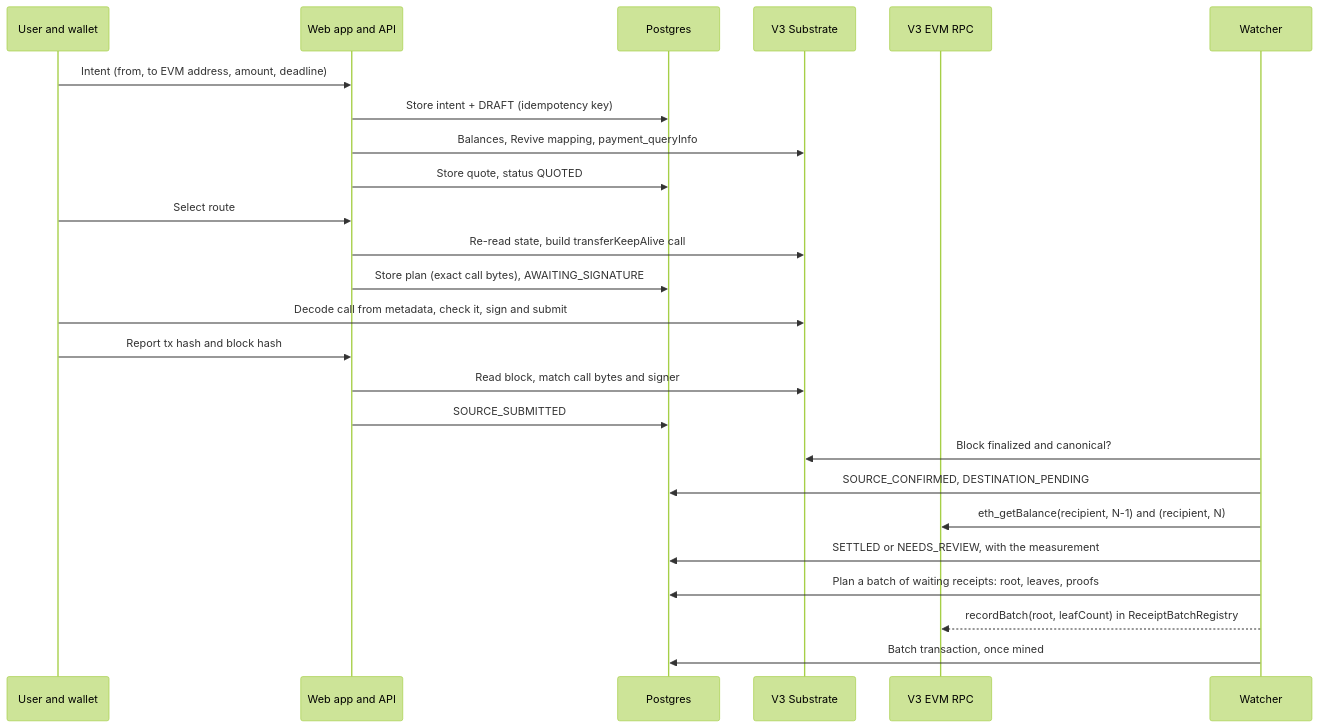
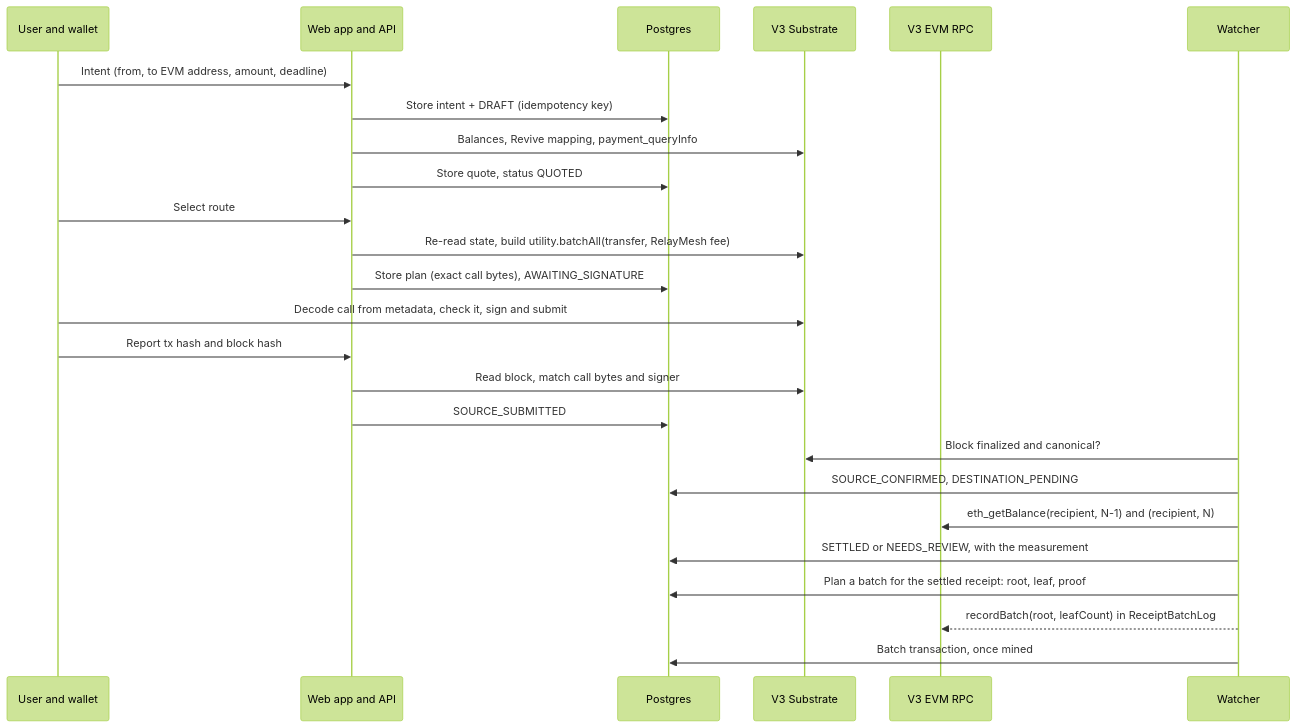
One commit to Saber1Y/RelayMesh changed the third of 3 diagrams in docs/architecture.md. Above: the diagram before and after it, drawn with Mermaid (forest theme). The commit also changed other lines of this file, not shown here.

Commit message:
docs(architecture): ReceiptBatchLog, the fee, bridge checks and current counts

````diff
--- a/docs/architecture.md
+++ b/docs/architecture.md
@@ -83,28 +92,28 @@
 ```mermaid
 sequenceDiagram
     participant U as User and wallet
     participant W as Web app and API
     participant DB as Postgres
     participant S as V3 Substrate
     participant E as V3 EVM RPC
     participant K as Watcher
 
     U->>W: Intent (from, to EVM address, amount, deadline)
     W->>DB: Store intent + DRAFT (idempotency key)
     W->>S: Balances, Revive mapping, payment_queryInfo
     W->>DB: Store quote, status QUOTED
     U->>W: Select route
-    W->>S: Re-read state, build transferKeepAlive call
+    W->>S: Re-read state, build utility.batchAll(transfer, RelayMesh fee)
     W->>DB: Store plan (exact call bytes), AWAITING_SIGNATURE
     U->>S: Decode call from metadata, check it, sign and submit
     U->>W: Report tx hash and block hash
     W->>S: Read block, match call bytes and signer
     W->>DB: SOURCE_SUBMITTED
     K->>S: Block finalized and canonical?
     K->>DB: SOURCE_CONFIRMED, DESTINATION_PENDING
     K->>E: eth_getBalance(recipient, N-1) and (recipient, N)
     K->>DB: SETTLED or NEEDS_REVIEW, with the measurement
-    K->>DB: Plan a batch of waiting receipts: root, leaves, proofs
-    K-->>E: recordBatch(root, leafCount) in ReceiptBatchRegistry
+    K->>DB: Plan a batch for the settled receipt: root, leaf, proof
+    K-->>E: recordBatch(root, leafCount) in ReceiptBatchLog
     K->>DB: Batch transaction, once mined
 ```
````
